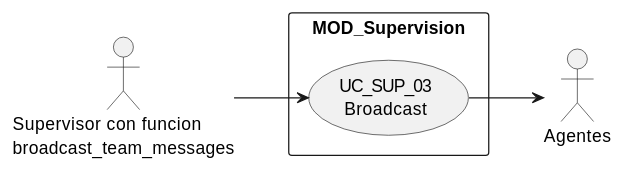
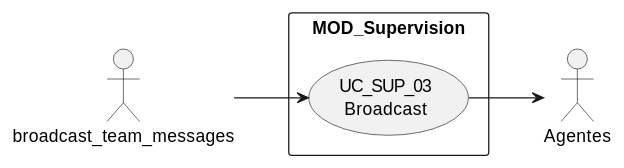
One commit to jcg-admin/IACT-docs changed the first of 4 diagrams in source/requisitos/casos-uso/supervision/uc-sup-03/diagramas-uml.rst. Above: the diagram before and after it, drawn with PlantUML. The commit also changed other lines of this file and 77 other files, not shown here.

First line of the commit message:
Enforce RBAC function names as actors in all UML diagrams

```diff
--- a/source/requisitos/casos-uso/supervision/uc-sup-03/diagramas-uml.rst
+++ b/source/requisitos/casos-uso/supervision/uc-sup-03/diagramas-uml.rst
@@ -10,12 +10,12 @@
 .. uml::
 
  @startuml
  left to right direction
- actor "Supervisor con funcion\nbroadcast_team_messages" as SUP
+ actor "broadcast_team_messages" as SUP
  actor "Agentes" as AG
  rectangle "MOD_Supervision" {
    usecase "UC_SUP_03\nBroadcast" as UC
  }
  SUP --> UC
  UC --> AG
  @enduml
```
